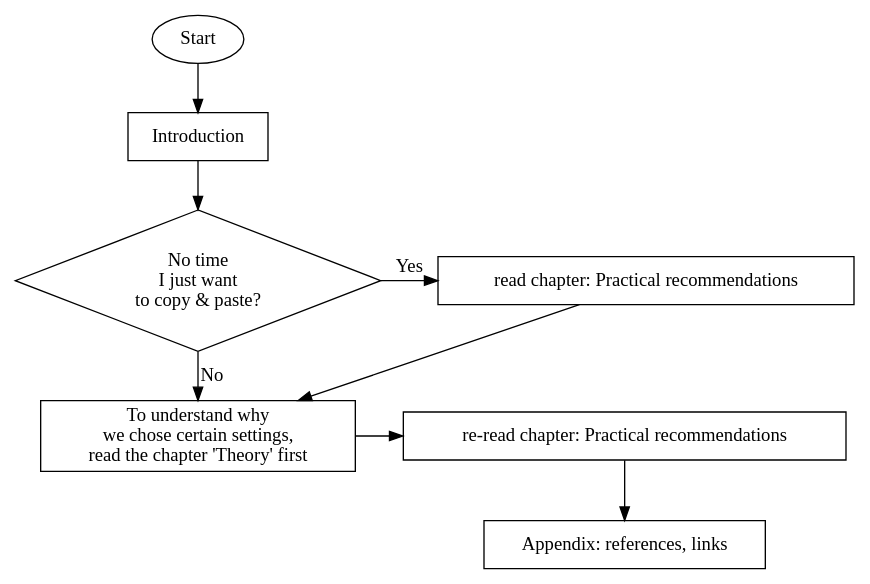
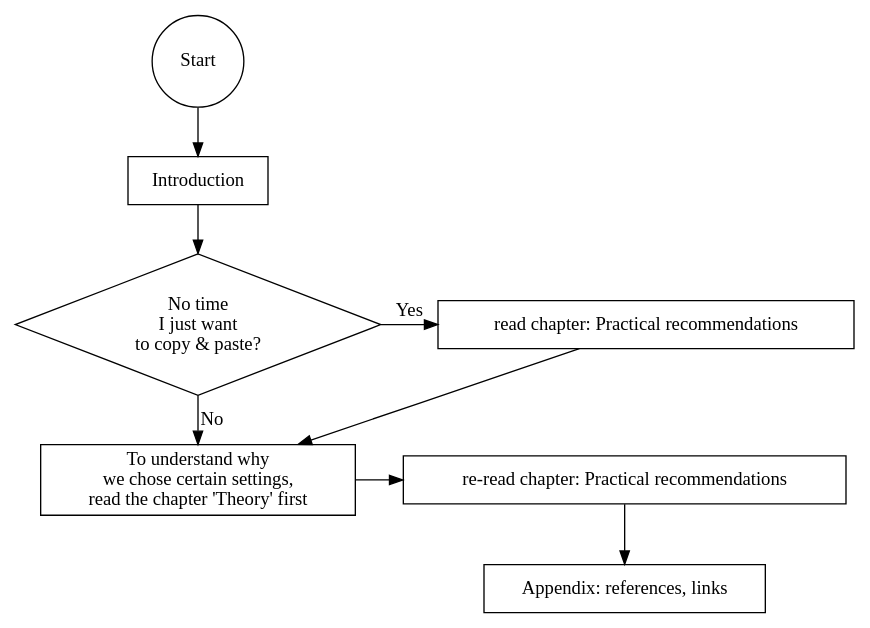
The diagram in src/img/howtoread.dot (BetterCrypto/Applied-Crypto-Hardening), drawn with Graphviz before and after one commit.

Commit message:
playing around with the flowchart

```diff
--- a/src/img/howtoread.dot
+++ b/src/img/howtoread.dot
@@ -1,29 +1,29 @@
 digraph {
 //ranksep=".9 equally";
 //rankdir="LR";
-start [label="Start"];
+start [shape=circle, label="Start"];
 
 start -> intro; 
 
 intro [shape=box, label="Introduction"];
 intro -> decision;
 
 decision [shape=diamond, label="No time\nI just want\nto copy & paste?"];
 Practical [shape=box, label="read chapter: Practical recommendations"];
 Practical2 [shape=box, label="re-read chapter: Practical recommendations"];
 Theory [shape=box, label="To understand why\nwe chose certain settings,\n read the chapter 'Theory' first"];
 
 decision -> Practical [label="Yes", labelfloat="Yes", labeldistance=2];
 decision -> Theory [label="No", labelfloat="Yes", labeldistance=2];
 Theory -> Practical2;
 //Practical -> Appendix;
 Practical -> Theory [constraint=false];
 Practical2 -> Appendix;
 
 Appendix [shape=box, label="Appendix: references, links"]
 
 { rank=same; decision; Practical }
 { rank=same; Theory; Practical2 }
 //{ rank=max; Theory; Appendix }
 
 }
```
